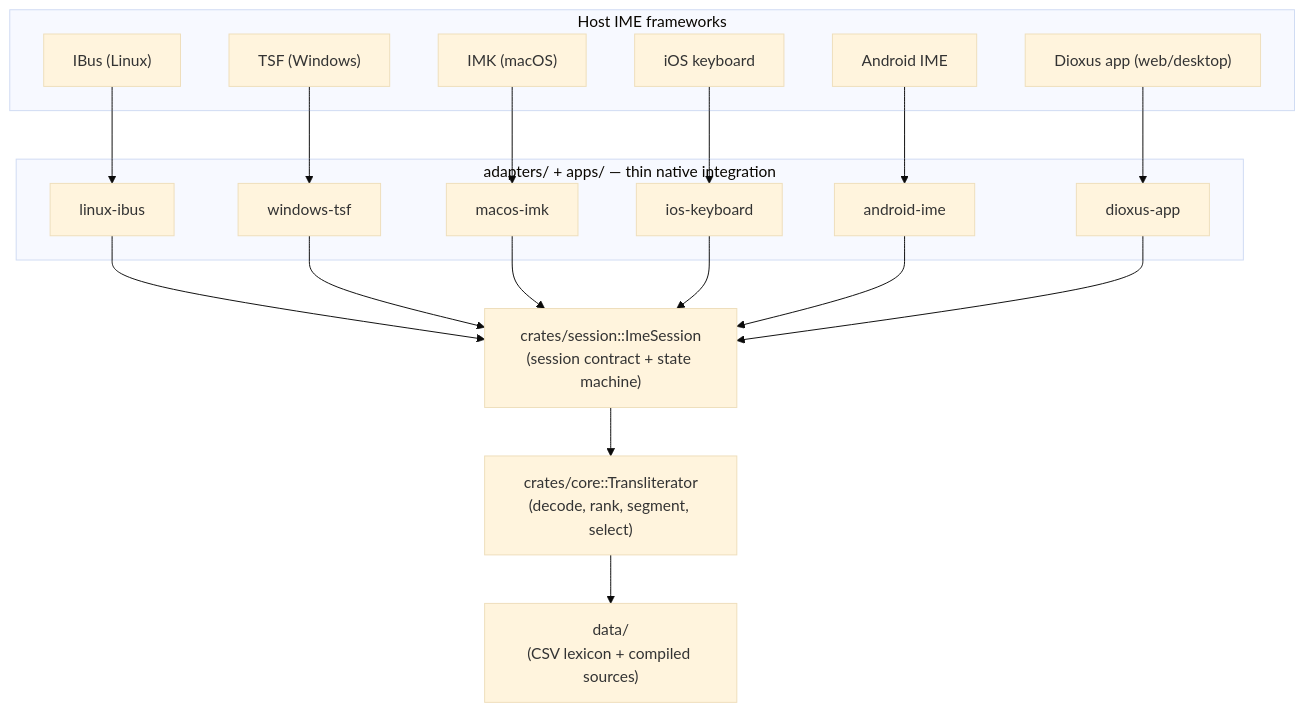
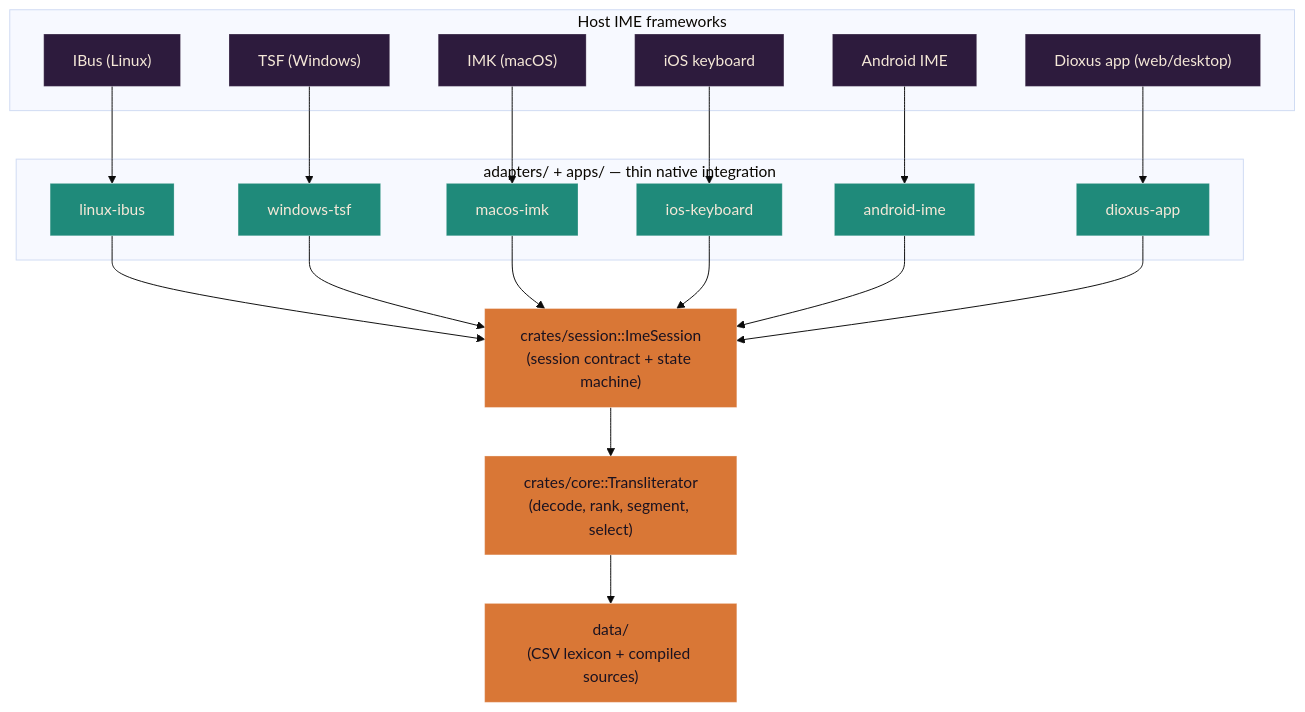
One commit to darhnoel/khmerime changed the first of 2 diagrams in README.md. Above: the diagram before and after it, drawn with Mermaid (base theme). The commit also changed other lines of this file, not shown here.

First line of the commit message:
docs(readme): Silk Veil colors for architecture diagram, generalize keystroke flow

````diff
--- a/README.md
+++ b/README.md
@@ -28,41 +28,49 @@
 ```mermaid
 flowchart TB
+    classDef host fill:#2d1b3d,stroke:#ffffff40,color:#f5e8d8
+    classDef adapter fill:#1f8a7a,stroke:#ffffff40,color:#f5e8d8
+    classDef engine fill:#d97736,stroke:#ffffff50,color:#1a1220
+
     subgraph Hosts["Host IME frameworks"]
         IBus["IBus (Linux)"]
         TSF["TSF (Windows)"]
         IMK["IMK (macOS)"]
         iOS["iOS keyboard"]
         Android["Android IME"]
         Web["Dioxus app (web/desktop)"]
     end
 
     subgraph Adapters["adapters/ + apps/ — thin native integration"]
         A_IBus["linux-ibus"]
         A_TSF["windows-tsf"]
         A_IMK["macos-imk"]
         A_iOS["ios-keyboard"]
         A_Android["android-ime"]
         A_Web["dioxus-app"]
     end
 
     Session["crates/session::ImeSession<br/>(session contract + state machine)"]
     Core["crates/core::Transliterator<br/>(decode, rank, segment, select)"]
     Data["data/<br/>(CSV lexicon + compiled sources)"]
 
     IBus --> A_IBus
     TSF --> A_TSF
     IMK --> A_IMK
     iOS --> A_iOS
     Android --> A_Android
     Web --> A_Web
 
     A_IBus --> Session
     A_TSF --> Session
     A_IMK --> Session
     A_iOS --> Session
     A_Android --> Session
     A_Web --> Session
 
     Session --> Core
     Core --> Data
+
+    class IBus,TSF,IMK,iOS,Android,Web host
+    class A_IBus,A_TSF,A_IMK,A_iOS,A_Android,A_Web adapter
+    class Session,Core,Data engine
 ```
````
